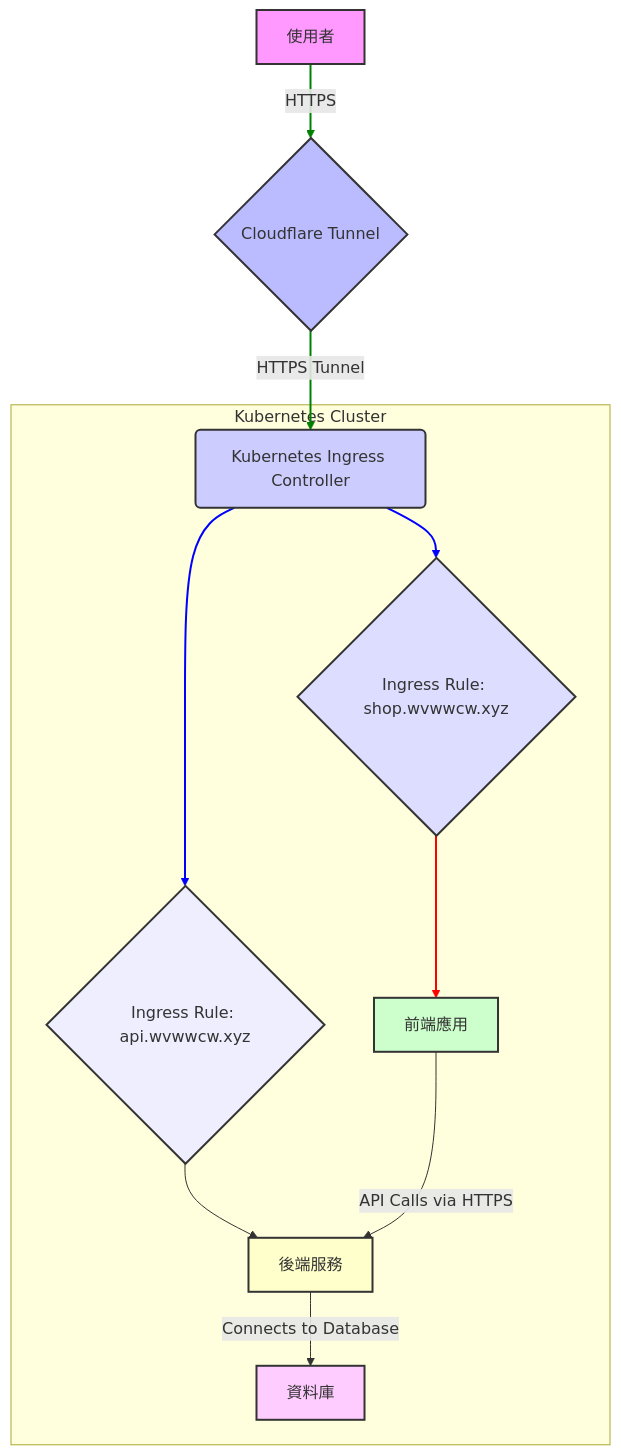
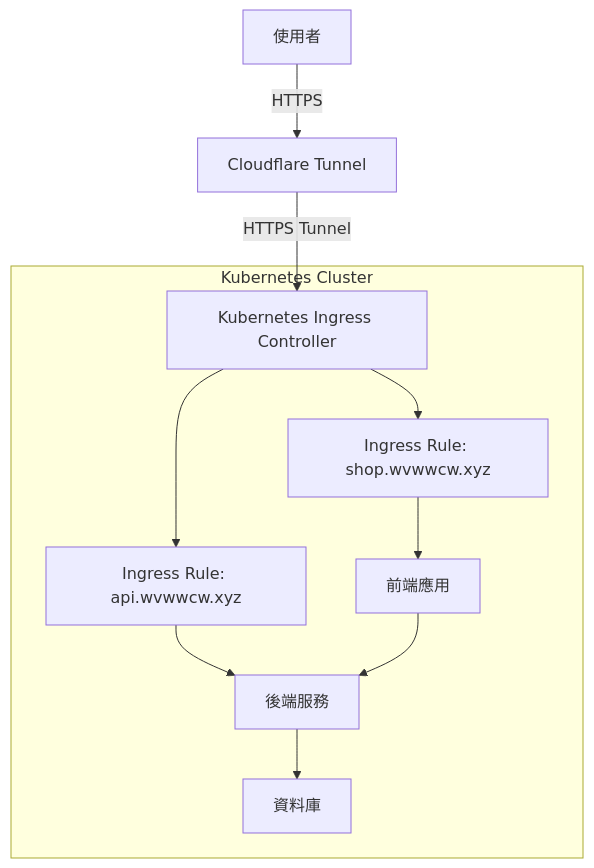
The diagram in README.md (CYHFREDA/jp-shopping-site), drawn with Mermaid before and after one commit.

````diff
--- a/README.md
+++ b/README.md
@@ -98,31 +98,16 @@
 ```mermaid
 graph TD
-    A[使用者] -->|HTTPS| B{Cloudflare Tunnel};
-    B -->|HTTPS Tunnel| C(Kubernetes Ingress Controller);
+    A[使用者] -->|HTTPS| B[Cloudflare Tunnel]
+    B -->|HTTPS Tunnel| C[Kubernetes Ingress Controller]
 
     subgraph Kubernetes Cluster
-        C --> D{Ingress Rule: shop.wvwwcw.xyz};
-        C --> E{Ingress Rule: api.wvwwcw.xyz};
-
-        D --> F[前端應用];
-        E --> G[後端服務];
-
-        F -->|"API Calls via HTTPS"| G;
-        G -->|"Connects to Database"| H[資料庫];
+        C --> D[Ingress Rule: shop.wvwwcw.xyz]
+        C --> E[Ingress Rule: api.wvwwcw.xyz]
+        D --> F[前端應用]
+        E --> G[後端服務]
+        F --> G
+        G --> H[資料庫]
     end
 
-    style A fill:#f9f,stroke:#333,stroke-width:2px
-    style B fill:#bbf,stroke:#333,stroke-width:2px
-    style C fill:#ccf,stroke:#333,stroke-width:2px
-    style D fill:#ddf,stroke:#333,stroke-width:2px
-    style E fill:#eef,stroke:#333,stroke-width:2px
-    style F fill:#cfc,stroke:#333,stroke-width:2px
-    style G fill:#ffc,stroke:#333,stroke-width:2px
-    style H fill:#fcf,stroke:#333,stroke-width:2px
 
-    linkStyle 0 stroke-width:2px,fill:none,stroke:green;
-    linkStyle 1 stroke-width:2px,fill:none,stroke:green;
-    linkStyle 2 stroke-width:2px,fill:none,stroke:blue;
-    linkStyle 3 stroke-width:2px,fill:none,stroke:blue;
-    linkStyle 4 stroke-width:2px,fill:none,stroke:red;
 ```
````
